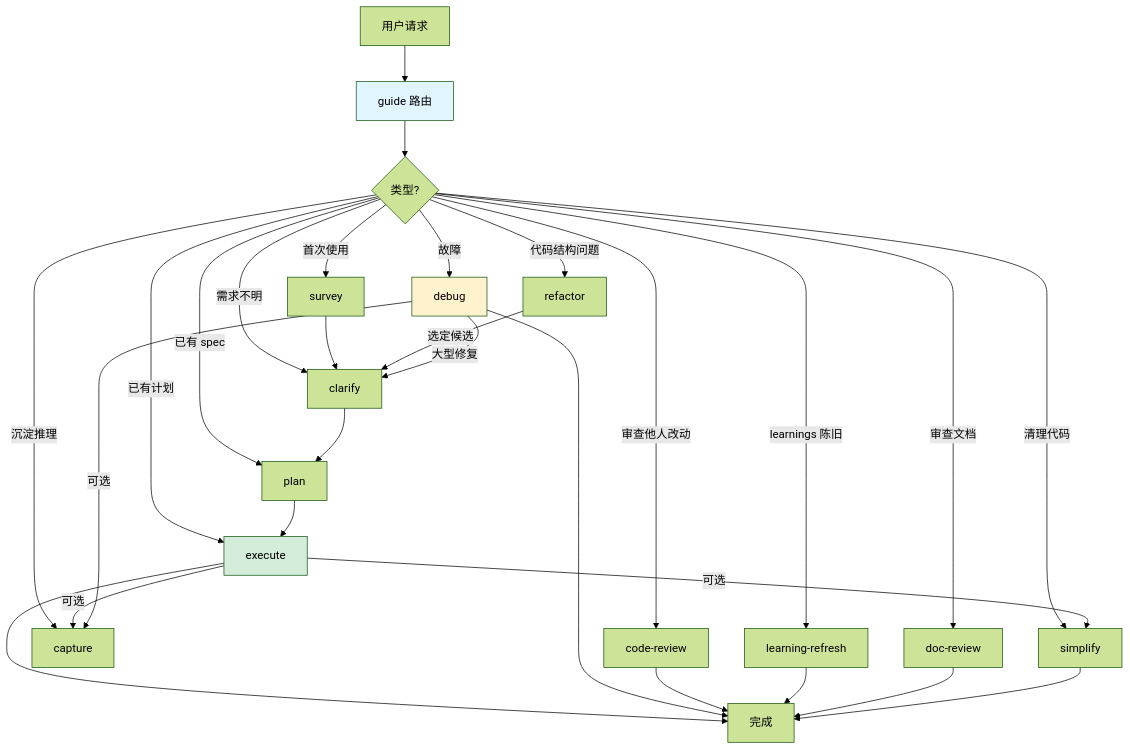
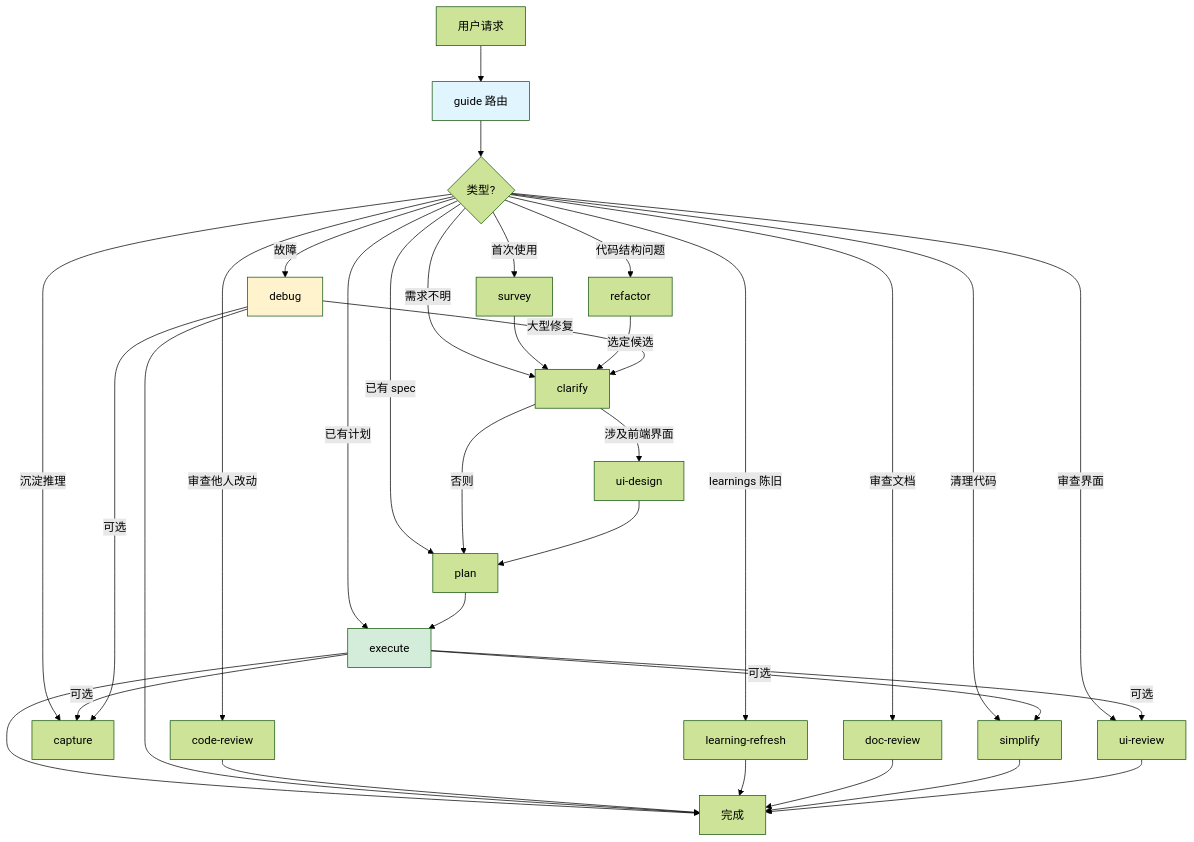
The diagram in README.md (iron6909/coding-skills), drawn with Mermaid (forest theme) before and after one commit.

Commit message:
docs(readme): add UI skills to the routing diagram
The diagram is a routing map, and a reader following it could not see
that frontend work passes through ui-design before plan, or that ui-review
is reachable after execute.

````diff
--- a/README.md
+++ b/README.md
@@ -43,35 +43,40 @@
 ```mermaid
 graph TD
     A[用户请求] --> B[guide 路由]
     B --> C{类型?}
     C -->|首次使用| D[survey]
     C -->|需求不明| E[clarify]
     C -->|已有 spec| F[plan]
     C -->|已有计划| G[execute]
     C -->|故障| H[debug]
     C -->|审查他人改动| I[code-review]
     C -->|代码结构问题| M[refactor]
     C -->|沉淀推理| N[capture]
     C -->|learnings 陈旧| O[learning-refresh]
     C -->|审查文档| P[doc-review]
     C -->|清理代码| Q[simplify]
+    C -->|审查界面| S[ui-review]
 
     D --> E
-    E --> F
+    E -->|涉及前端界面| R[ui-design]
+    E -->|否则| F
+    R --> F
     F --> G
     G --> J[完成]
     H --> J
     I --> J
     M -->|选定候选| E
     H -->|大型修复| E
     G -->|可选| N
     H -->|可选| N
     G -->|可选| Q
+    G -->|可选| S
     O --> J
     P --> J
     Q --> J
+    S --> J
 
     style B fill:#e1f5ff
     style G fill:#d4edda
     style H fill:#fff3cd
 ```
````
